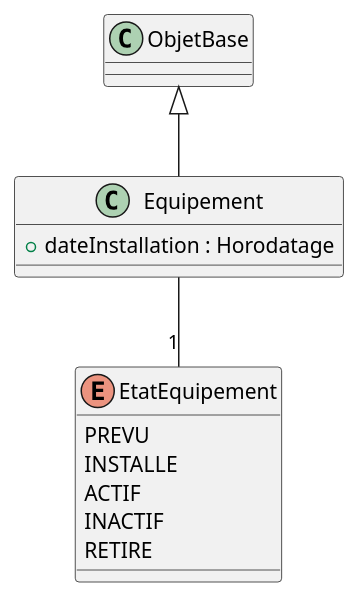
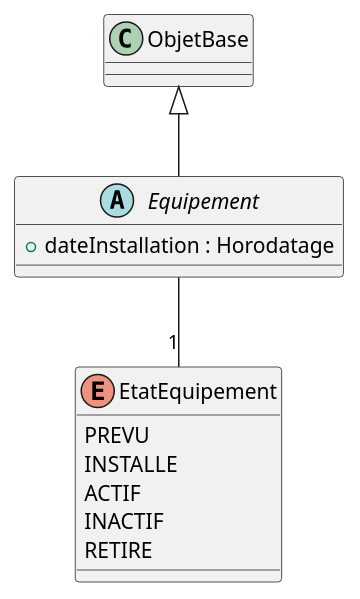
Before and after one commit to beerfactory/brewbox-uml: the diagram in equipement.iuml, drawn with PlantUML. The commit also changed 6 other files, not shown here.

```diff
--- a/equipement.iuml
+++ b/equipement.iuml
@@ -1,14 +1,14 @@
-class Equipement {
+abstract class Equipement {
     + dateInstallation : Horodatage
 }
 
 enum EtatEquipement {
     PREVU
     INSTALLE
     ACTIF
     INACTIF
     RETIRE
 }
 
 Equipement -- "1" EtatEquipement
 ObjetBase <|-- Equipement
```
